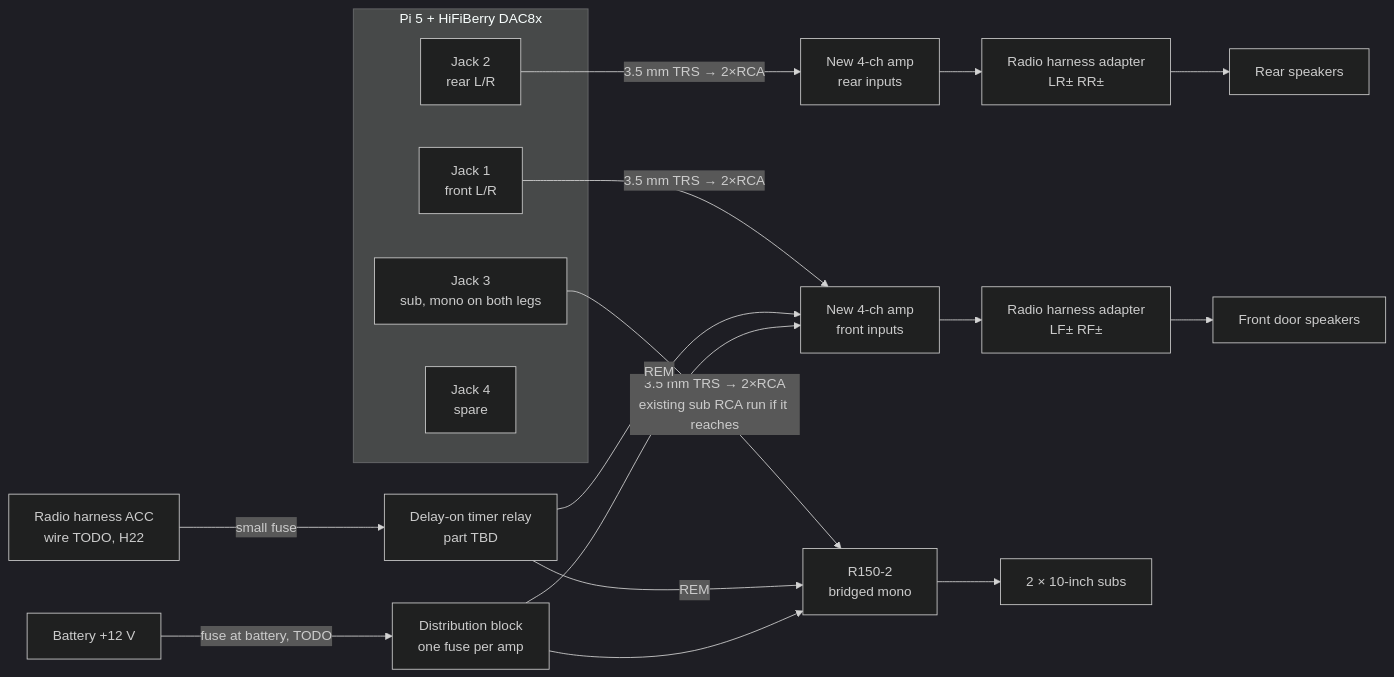
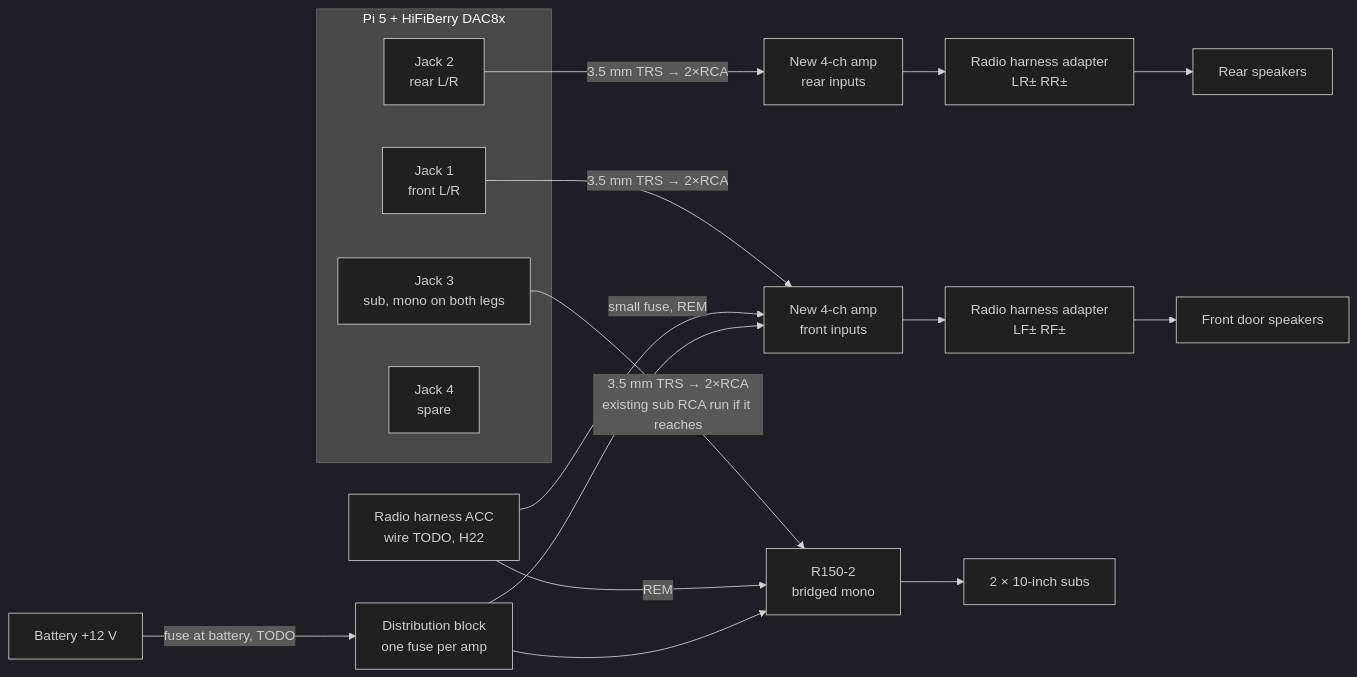
The diagram in docs/wiring/audio.md (darickc/TruckDashboard), drawn with Mermaid (dark theme) before and after one commit. The commit also changed other lines of this file and 15 other files, not shown here.

````diff
--- a/docs/wiring/audio.md
+++ b/docs/wiring/audio.md
@@ -30,23 +30,22 @@
 ```mermaid
 flowchart LR
   subgraph PI[Pi 5 + HiFiBerry DAC8x]
     P1[Jack 1<br/>front L/R]
     P2[Jack 2<br/>rear L/R]
     P3[Jack 3<br/>sub, mono on both legs]
     P4[Jack 4<br/>spare]
   end
   P1 -- 3.5 mm TRS → 2×RCA --> A4F[New 4-ch amp<br/>front inputs]
   P2 -- 3.5 mm TRS → 2×RCA --> A4R[New 4-ch amp<br/>rear inputs]
   P3 -- 3.5 mm TRS → 2×RCA<br/>existing sub RCA run if it reaches --> R150[R150-2<br/>bridged mono]
   A4F --> HF[Radio harness adapter<br/>LF± RF±]
   A4R --> HR[Radio harness adapter<br/>LR± RR±]
   HF --> SPKF[Front door speakers]
   HR --> SPKR[Rear speakers]
   R150 --> SUBS[2 × 10-inch subs]
-  ACC[Radio harness ACC<br/>wire TODO, H22] -- small fuse --> TD[Delay-on timer relay<br/>part TBD]
-  TD -- REM --> A4F
-  TD -- REM --> R150
+  ACC[Radio harness ACC<br/>wire TODO, H22] -- small fuse, REM --> A4F
+  ACC -- REM --> R150
   BATT[Battery +12 V] -- fuse at battery, TODO --> DB[Distribution block<br/>one fuse per amp]
   DB --> A4F
   DB --> R150
 ```
````
